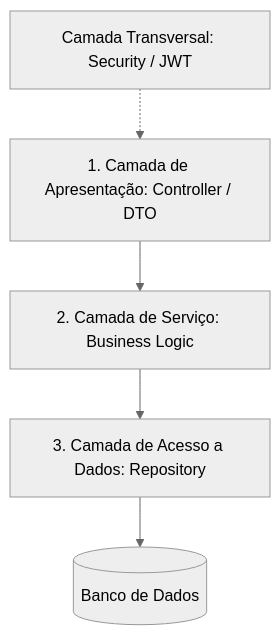
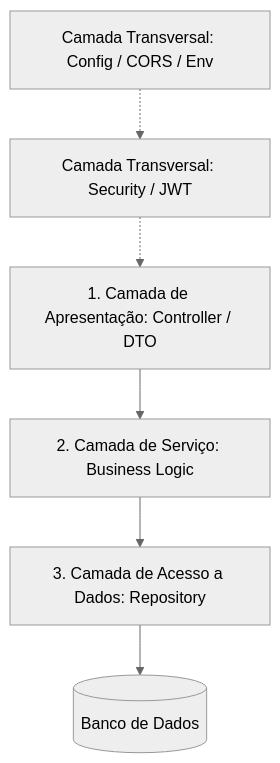
One commit to MarcioFerreiraL/sistema-barbearia changed the second of 4 diagrams in docs/architecture.md. Above: the diagram before and after it, drawn with Mermaid (neutral theme). The commit also changed other lines of this file and 2 other files, not shown here.

````diff
--- a/docs/architecture.md
+++ b/docs/architecture.md
@@ -27,8 +27,9 @@
 ```mermaid
 graph TD
     Controller[1. Camada de Apresentação: Controller / DTO] --> Service[2. Camada de Serviço: Business Logic]
     Service --> Repository[3. Camada de Acesso a Dados: Repository]
     Repository --> Database[(Banco de Dados)]
     
     Security[Camada Transversal: Security / JWT] -.-> Controller
+    Config[Camada Transversal: Config / CORS / Env] -.-> Security
 ```
````
